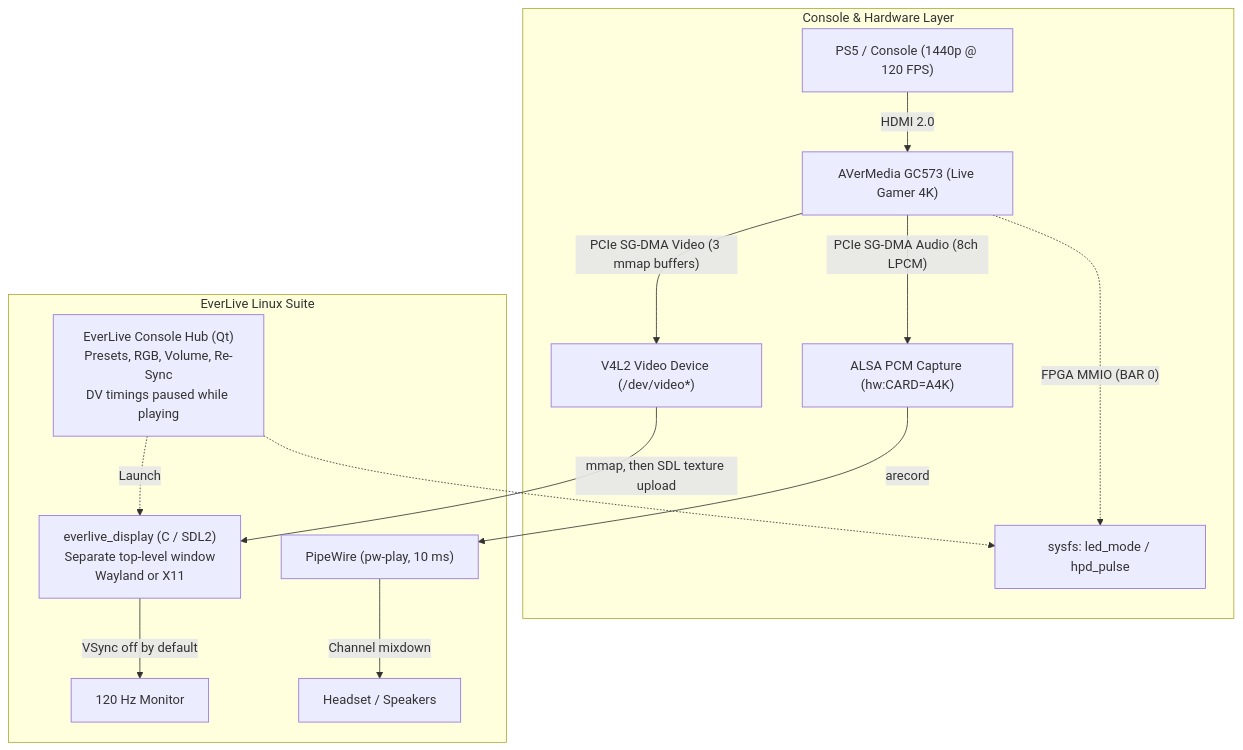
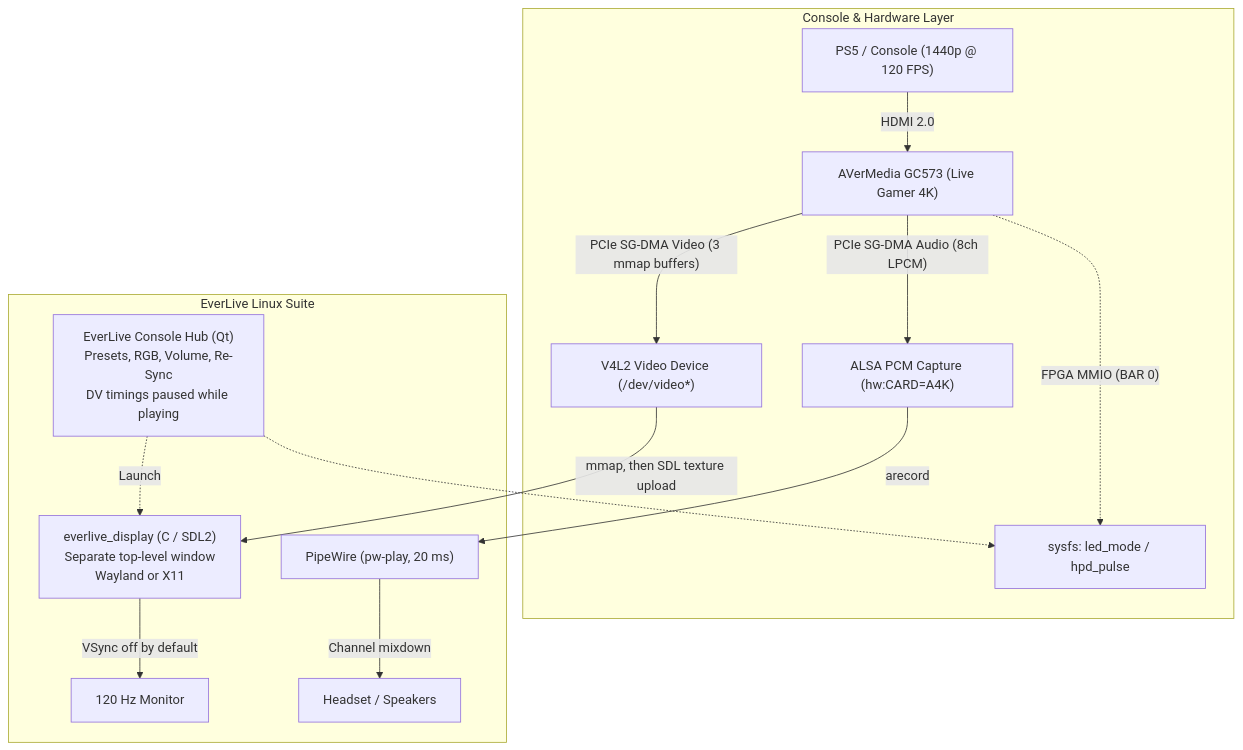
One commit to Everlite/Avermedia-GC573-Linux changed the diagram in README.md. Above: the diagram before and after it, drawn with Mermaid. The commit also changed 2 other files, not shown here.

Commit message:
fix(audio): tune arecord period/buffer timing to eliminate PipeWire xruns (ref #31)

````diff
--- a/README.md
+++ b/README.md
@@ -125,21 +125,21 @@
 ```mermaid
 flowchart TD
   subgraph Hardware["Console & Hardware Layer"]
     ps5["PS5 / Console (1440p @ 120 FPS)"] -->|HDMI 2.0| gc573["AVerMedia GC573 (Live Gamer 4K)"]
     gc573 -->|"PCIe SG-DMA Video (3 mmap buffers)"| v4l2["V4L2 Video Device (/dev/video*)"]
     gc573 -->|"PCIe SG-DMA Audio (8ch LPCM)"| alsa["ALSA PCM Capture (hw:CARD=A4K)"]
     gc573 -.->|"FPGA MMIO (BAR 0)"| sysfs["sysfs: led_mode / hpd_pulse"]
   end
 
   subgraph EverLive["EverLive Linux Suite"]
     hub["EverLive Console Hub (Qt)<br/>Presets, RGB, Volume, Re-Sync<br/>DV timings paused while playing"]
     hub -.->|Launch| game["everlive_display (C / SDL2)<br/>Separate top-level window<br/>Wayland or X11"]
     hub -.-> sysfs
 
     v4l2 -->|"mmap, then SDL texture upload"| game
     game -->|"VSync off by default"| screen["120 Hz Monitor"]
 
-    alsa -->|arecord| pw["PipeWire (pw-play, 10 ms)"]
+    alsa -->|arecord| pw["PipeWire (pw-play, 20 ms)"]
     pw -->|Channel mixdown| speakers["Headset / Speakers"]
   end
 ```
````
